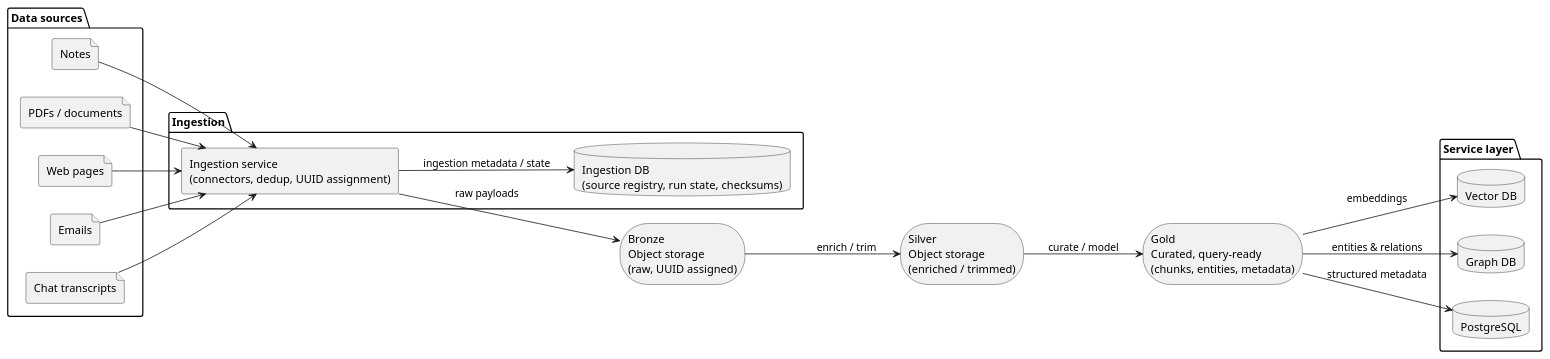
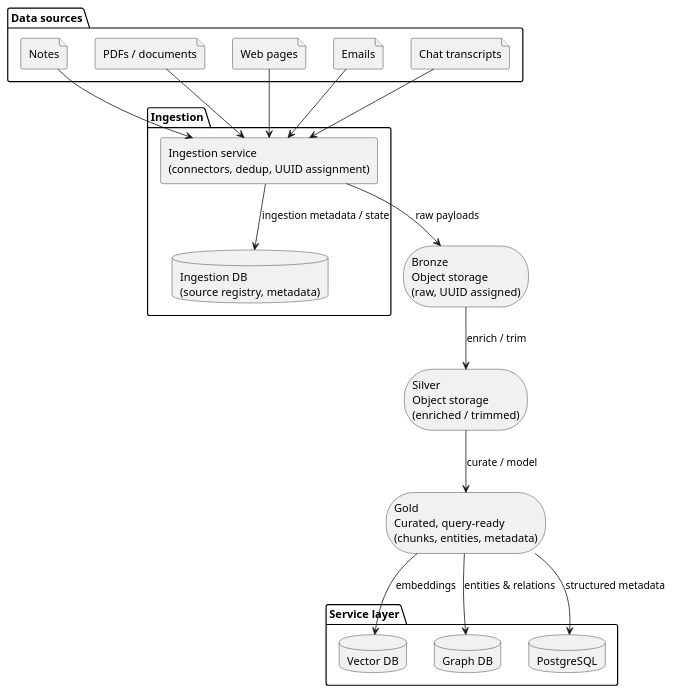
Before and after one commit to Maccen26/ai-second-brain: the diagram in diagrams/data_architecture.puml, drawn with PlantUML. The commit also changed 7 other files, not shown here.

Commit message:
Added tables about users, sources, source_permissions, and documents to the ingestion database diagram.

```diff
--- a/diagrams/data_architecture.puml
+++ b/diagrams/data_architecture.puml
@@ -1,42 +1,42 @@
 @startuml
-left to right direction
+top to bottom direction
 
 package "Data sources" {
   file "Notes" as notes
   file "PDFs / documents" as docs
   file "Web pages" as web
   file "Emails" as email
   file "Chat transcripts" as chats
 }
 
 package "Ingestion" {
   rectangle "Ingestion service\n(connectors, dedup, UUID assignment)" as ingest
-  database "Ingestion DB\n(source registry, run state, checksums)" as ingestdb
+  database "Ingestion DB\n(source registry, metadata)" as ingestdb
 }
 
 storage "Bronze\nObject storage\n(raw, UUID assigned)" as bronze
 storage "Silver\nObject storage\n(enriched / trimmed)" as silver
 storage "Gold\nCurated, query-ready\n(chunks, entities, metadata)" as gold
 
 package "Service layer" {
   database "Vector DB" as vector
   database "Graph DB" as graph
   database "PostgreSQL" as pg
 }
 
 notes --> ingest
 docs --> ingest
 web --> ingest
 email --> ingest
 chats --> ingest
 
 ingest --> ingestdb : ingestion metadata / state
 ingest --> bronze : raw payloads
 
 bronze --> silver : enrich / trim
 silver --> gold : curate / model
 
 gold --> vector : embeddings
 gold --> graph : entities & relations
 gold --> pg : structured metadata
 @enduml
```
